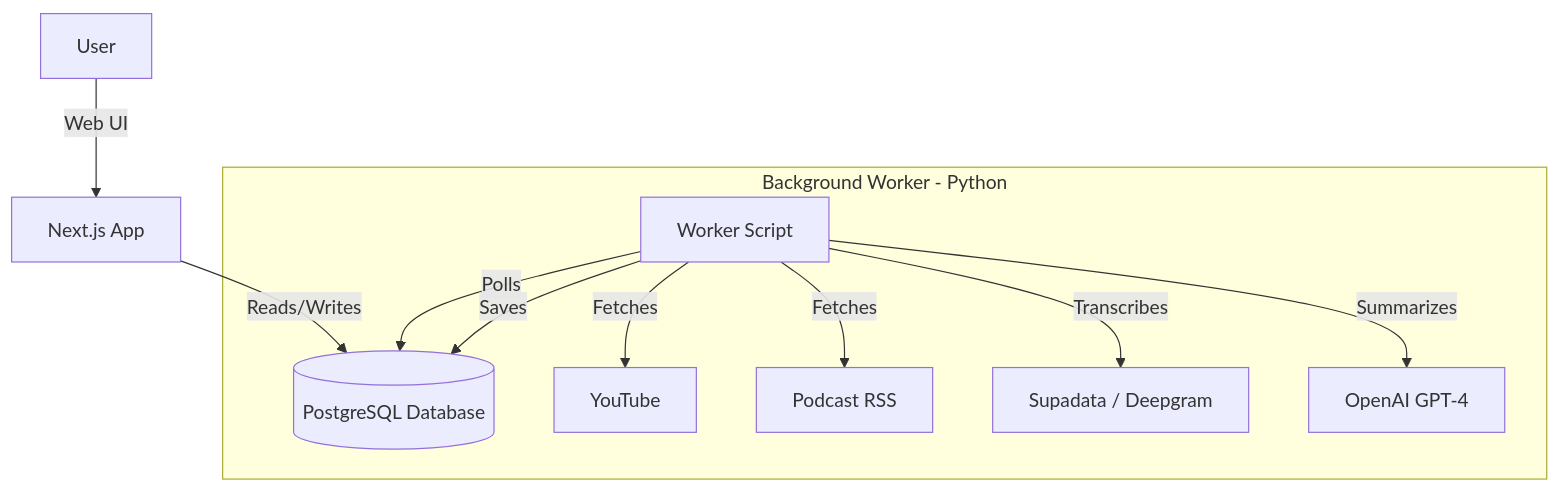
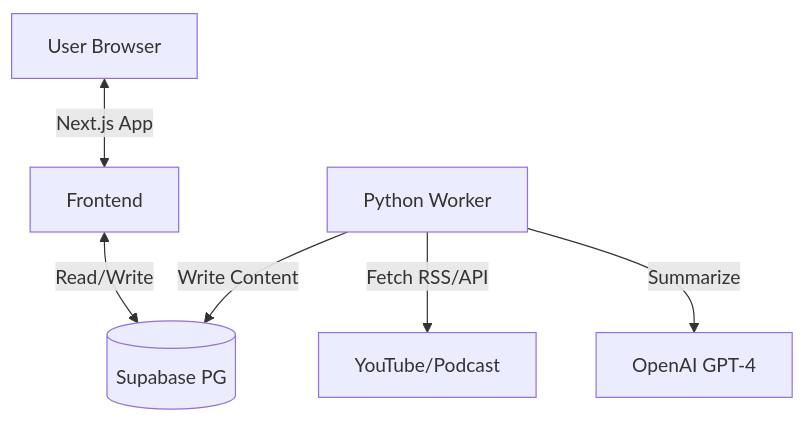
The diagram in ARCHITECTURE.md (tomdhyang-byte/youtube-rss-generator), drawn with Mermaid before and after one commit. The commit also changed other lines of this file and 19 other files, not shown here.

````diff
--- a/ARCHITECTURE.md
+++ b/ARCHITECTURE.md
@@ -13,14 +19,9 @@
 ```mermaid
 graph TD
-    User[User] -->|Web UI| NextJS[Next.js App]
-    NextJS -->|Reads/Writes| DB[(PostgreSQL Database)]
+    User[User Browser] <-->|Next.js App| Frontend
+    Frontend <-->|Read/Write| DB[(Supabase PG)]
     
-    subgraph "Background Worker - Python"
-        Worker[Worker Script] -->|Polls| DB
-        Worker -->|Fetches| YouTube[YouTube]
-        Worker -->|Fetches| PodcastRSS[Podcast RSS]
-        Worker -->|Transcribes| Supadata[Supadata / Deepgram]
-        Worker -->|Summarizes| OpenAI[OpenAI GPT-4]
-        Worker -->|Saves| DB
-    end
+    Worker[Python Worker] -->|Fetch RSS/API| YouTube[YouTube/Podcast]
+    Worker -->|Summarize| OpenAI[OpenAI GPT-4]
+    Worker -->|Write Content| DB
 ```
````
